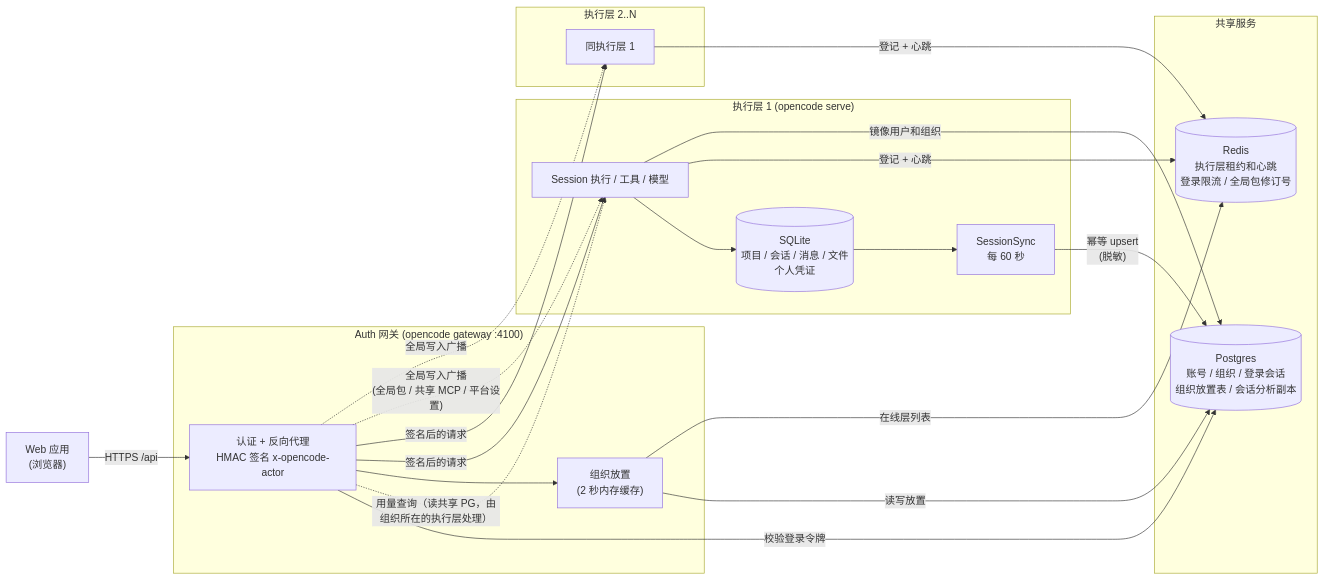
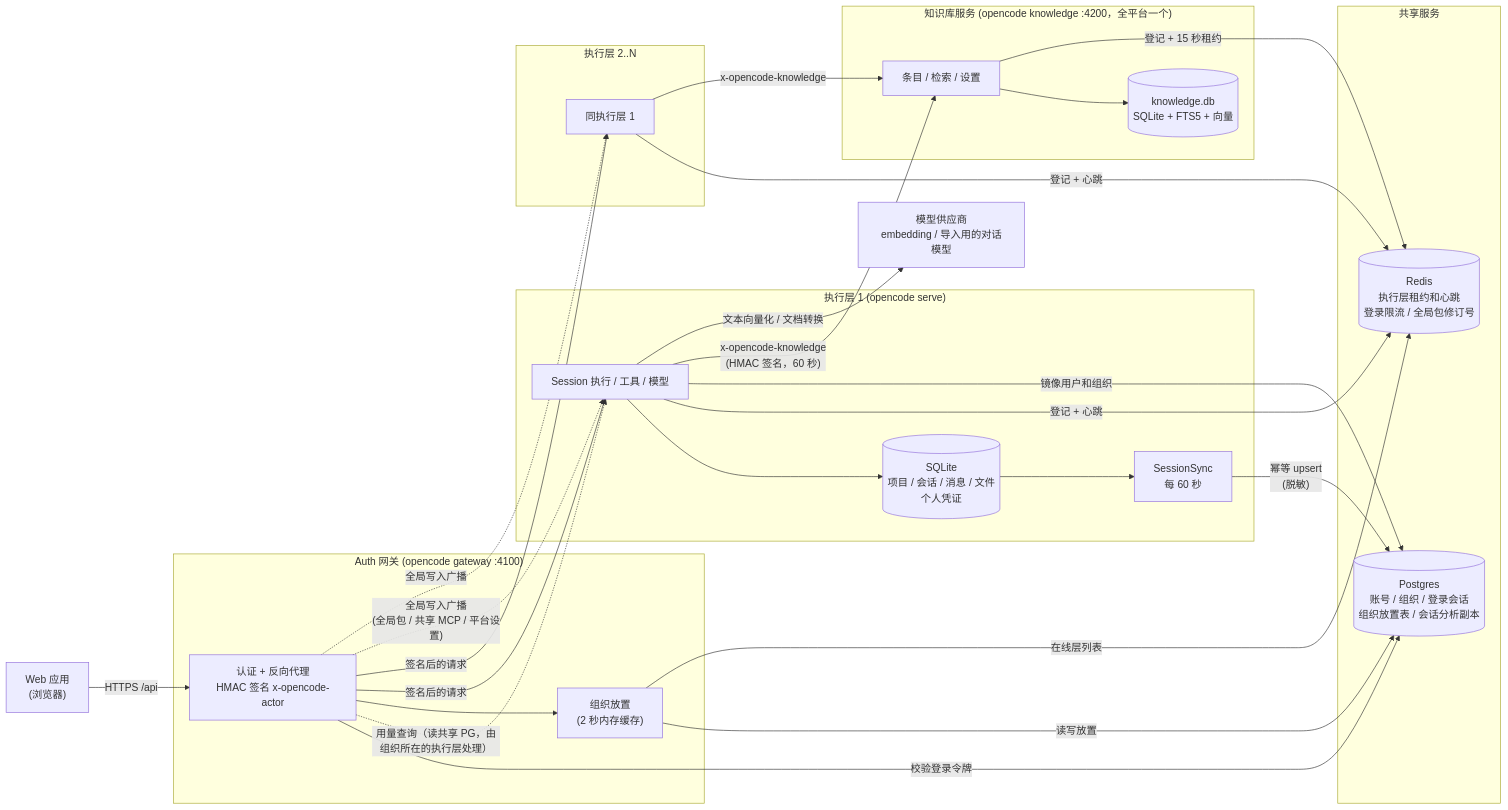
One commit to JackLuguibin/opencode-ex changed the first of 8 diagrams in README.md. Above: the diagram before and after it, drawn with Mermaid. The commit also changed other lines of this file and 1 other file, not shown here.

First line of the commit message:
docs: describe the knowledge service architecture and operation

````diff
--- a/README.md
+++ b/README.md
@@ -43,37 +43,47 @@
 ```mermaid
 flowchart LR
     Web["Web 应用<br/>(浏览器)"]
     subgraph Gateway["Auth 网关 (opencode gateway :4100)"]
         Proxy["认证 + 反向代理<br/>HMAC 签名 x-opencode-actor"]
         Place["组织放置<br/>(2 秒内存缓存)"]
     end
     subgraph Shared["共享服务"]
         PG[("Postgres<br/>账号 / 组织 / 登录会话<br/>组织放置表 / 会话分析副本")]
         Redis[("Redis<br/>执行层租约和心跳<br/>登录限流 / 全局包修订号")]
     end
     subgraph L1["执行层 1 (opencode serve)"]
         RT1["Session 执行 / 工具 / 模型"]
         DB1[("SQLite<br/>项目 / 会话 / 消息 / 文件<br/>个人凭证")]
         Sync1["SessionSync<br/>每 60 秒"]
     end
     subgraph LN["执行层 2..N"]
         RTN["同执行层 1"]
     end
+    subgraph KS["知识库服务 (opencode knowledge :4200，全平台一个)"]
+        KB["条目 / 检索 / 设置"]
+        KDB[("knowledge.db<br/>SQLite + FTS5 + 向量")]
+    end
+    Emb["模型供应商<br/>embedding / 导入用的对话模型"]
 
     Web -->|"HTTPS /api"| Proxy
     Proxy -->|"校验登录令牌"| PG
     Proxy -.->|"用量查询（读共享 PG，由组织所在的执行层处理）"| RT1
     Proxy --> Place
     Place -->|"读写放置"| PG
     Place -->|"在线层列表"| Redis
     Proxy -->|"签名后的请求"| RT1
     Proxy -->|"签名后的请求"| RTN
     Proxy -.->|"全局写入广播<br/>(全局包 / 共享 MCP / 平台设置)"| RT1
     Proxy -.->|"全局写入广播"| RTN
     RT1 --> DB1
     RT1 -->|"登记 + 心跳"| Redis
     RT1 -->|"镜像用户和组织"| PG
     RTN -->|"登记 + 心跳"| Redis
     DB1 --> Sync1
+    RT1 -->|"x-opencode-knowledge<br/>(HMAC 签名，60 秒)"| KB
+    RTN -->|"x-opencode-knowledge"| KB
+    RT1 -->|"文本向量化 / 文档转换"| Emb
+    KB --> KDB
+    KB -->|"登记 + 15 秒租约"| Redis
     Sync1 -->|"幂等 upsert<br/>(脱敏)"| PG
 ```
````
